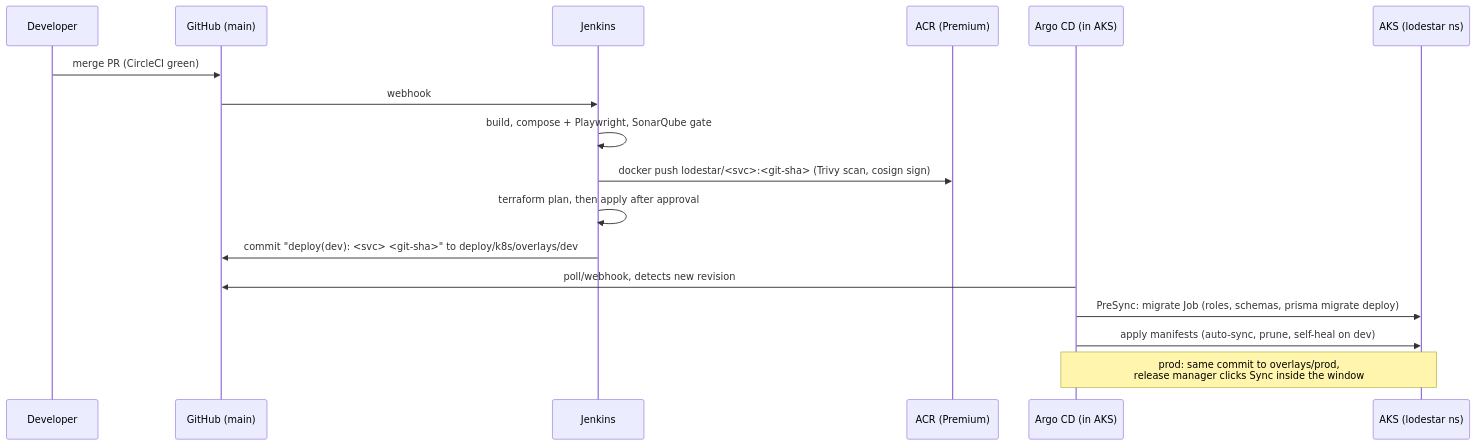
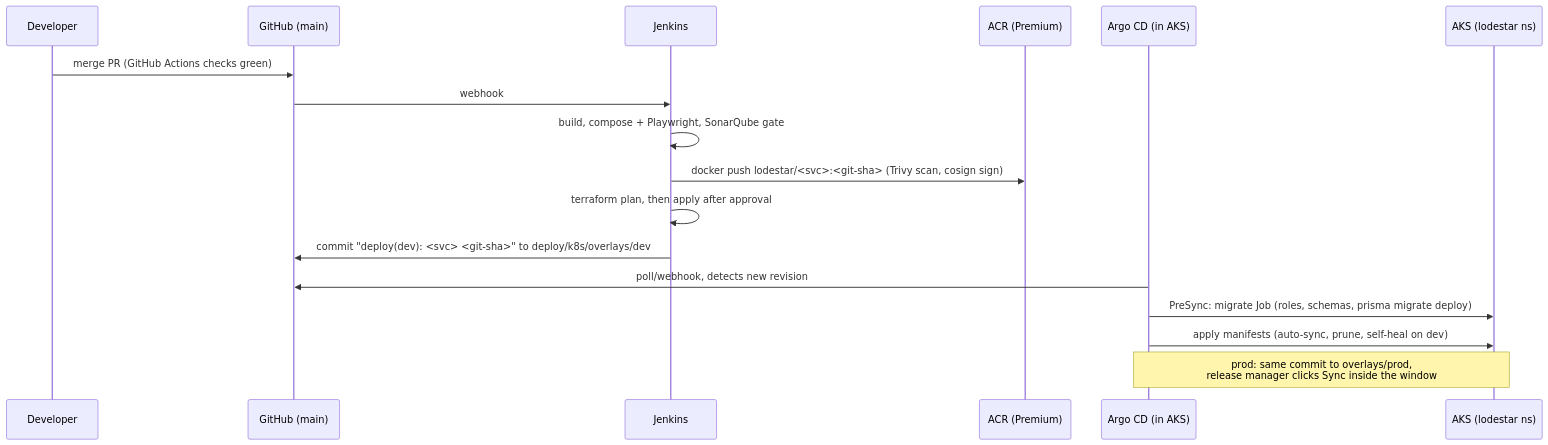
Before and after one commit to Adagard-Trios/Adagard_Lodestar: the diagram in deploy/argocd/README.md, drawn with Mermaid. The commit also changed other lines of this file and 20 other files, not shown here.

Commit message:
CI: drop CircleCI; GitHub Actions runs the quality gate on PRs and main, bumps the demo overlay; Argo CD core for the 4 GiB VM; OCR in the demo overlay

````diff
--- a/deploy/argocd/README.md
+++ b/deploy/argocd/README.md
@@ -239,19 +269,19 @@
 ```mermaid
 sequenceDiagram
   participant Dev as Developer
   participant GH as GitHub (main)
   participant J as Jenkins
   participant ACR as ACR (Premium)
   participant A as Argo CD (in AKS)
   participant K as AKS (lodestar ns)
-  Dev->>GH: merge PR (CircleCI green)
+  Dev->>GH: merge PR (GitHub Actions checks green)
   GH->>J: webhook
   J->>J: build, compose + Playwright, SonarQube gate
   J->>ACR: docker push lodestar/<svc>:<git-sha> (Trivy scan, cosign sign)
   J->>J: terraform plan, then apply after approval
   J->>GH: commit "deploy(dev): <svc> <git-sha>" to deploy/k8s/overlays/dev
   A->>GH: poll/webhook, detects new revision
   A->>K: PreSync: migrate Job (roles, schemas, prisma migrate deploy)
   A->>K: apply manifests (auto-sync, prune, self-heal on dev)
   Note over A,K: prod: same commit to overlays/prod,<br/>release manager clicks Sync inside the window
 ```
````
